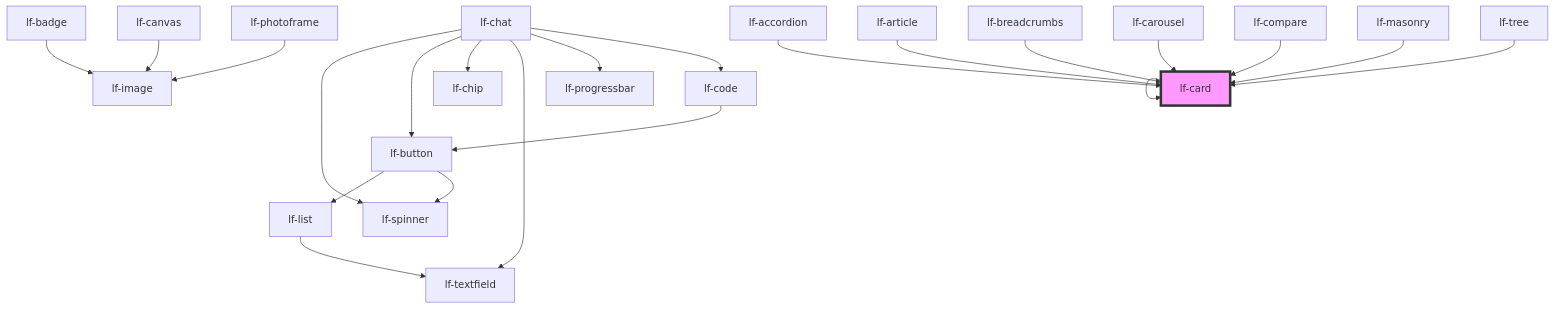
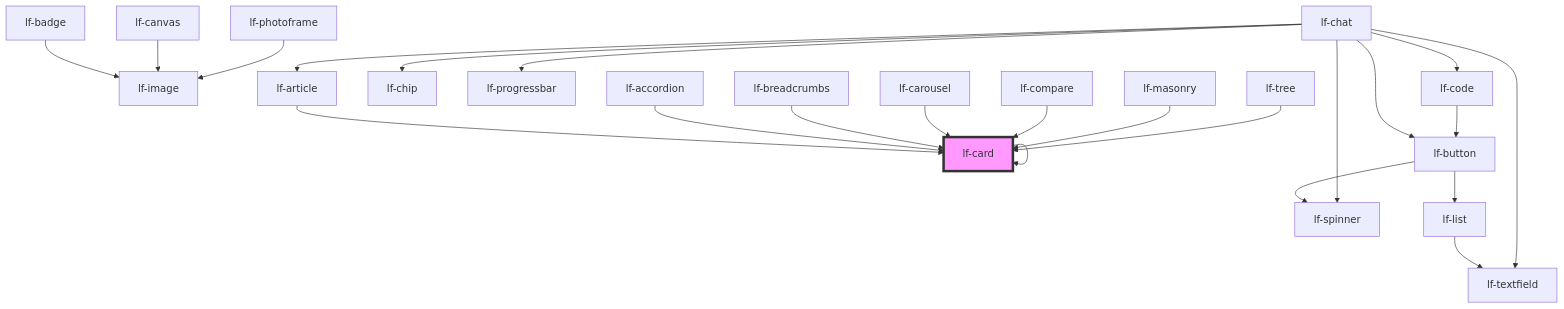
Before and after one commit to lucafoscili/lf-widgets: the diagram in packages/core/src/components/lf-card/readme.md, drawn with Mermaid. The commit also changed 28 other files, not shown here.

````diff
--- a/packages/core/src/components/lf-card/readme.md
+++ b/packages/core/src/components/lf-card/readme.md
@@ -138,25 +138,26 @@
 ```mermaid
 graph TD;
   lf-card --> lf-card
   lf-badge --> lf-image
   lf-button --> lf-list
   lf-button --> lf-spinner
   lf-list --> lf-textfield
   lf-canvas --> lf-image
   lf-chat --> lf-spinner
+  lf-chat --> lf-article
   lf-chat --> lf-button
   lf-chat --> lf-chip
   lf-chat --> lf-textfield
   lf-chat --> lf-progressbar
   lf-chat --> lf-code
+  lf-article --> lf-card
   lf-code --> lf-button
   lf-photoframe --> lf-image
   lf-accordion --> lf-card
-  lf-article --> lf-card
   lf-breadcrumbs --> lf-card
   lf-carousel --> lf-card
   lf-compare --> lf-card
   lf-masonry --> lf-card
   lf-tree --> lf-card
   style lf-card fill:#f9f,stroke:#333,stroke-width:4px
 ```
````
